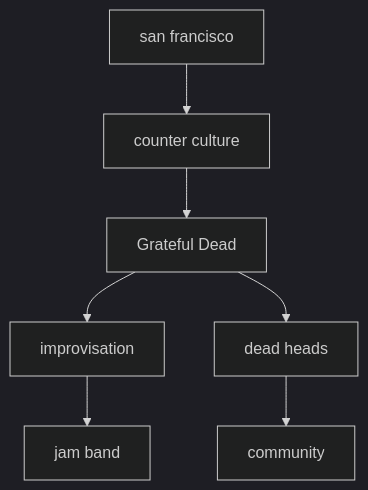
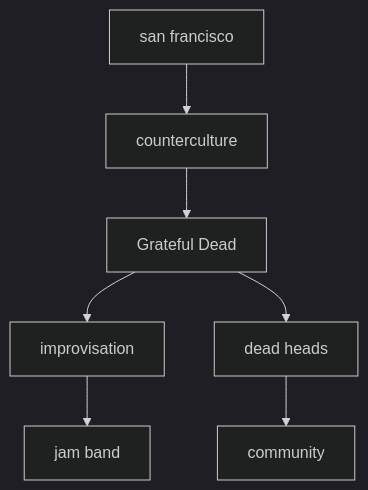
Before and after one commit to monumental-movement/monumental-movement.github.io: the second of 2 diagrams in en/_posts/2026-03-21-column-gratefuldead-sanfrancisco.md, drawn with Mermaid (dark theme). The commit also changed other lines of this file and 399 other files, not shown here.

```diff
--- a/en/_posts/2026-03-21-column-gratefuldead-sanfrancisco.md
+++ b/en/_posts/2026-03-21-column-gratefuldead-sanfrancisco.md
@@ -226,9 +226,9 @@
 <div class="mermaid">
 graph TD
-    A[san francisco] --> B[counter culture]
+    A[san francisco] --> B[counterculture]
     B --> C[Grateful Dead]
     C --> D[improvisation]
     C --> E[dead heads]
     E --> F[community]
     D --> G[jam band]
 </div>
```
